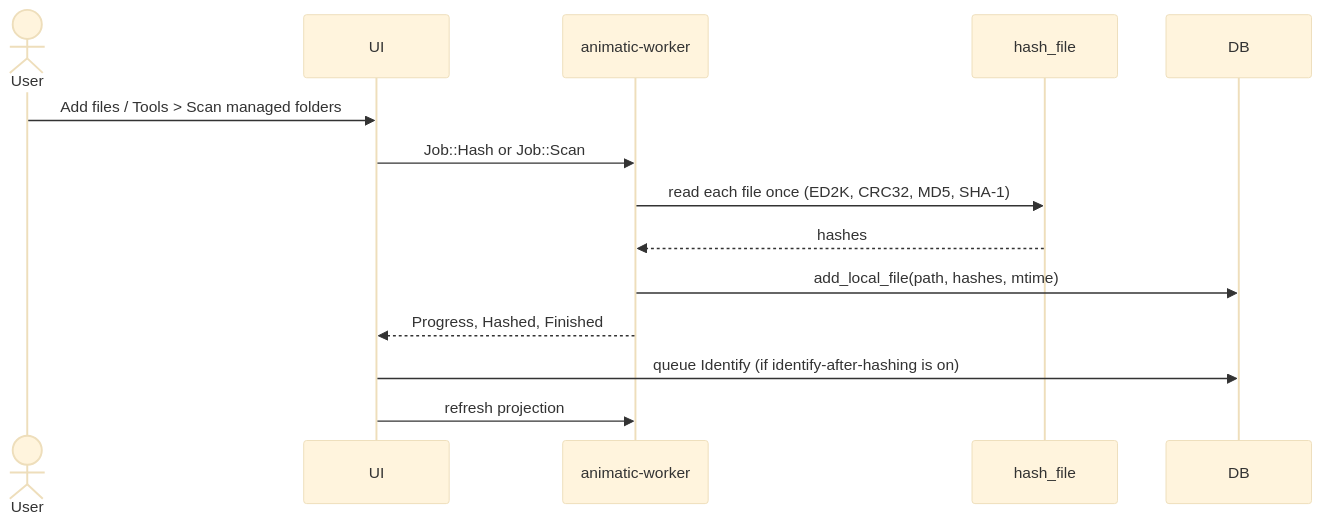
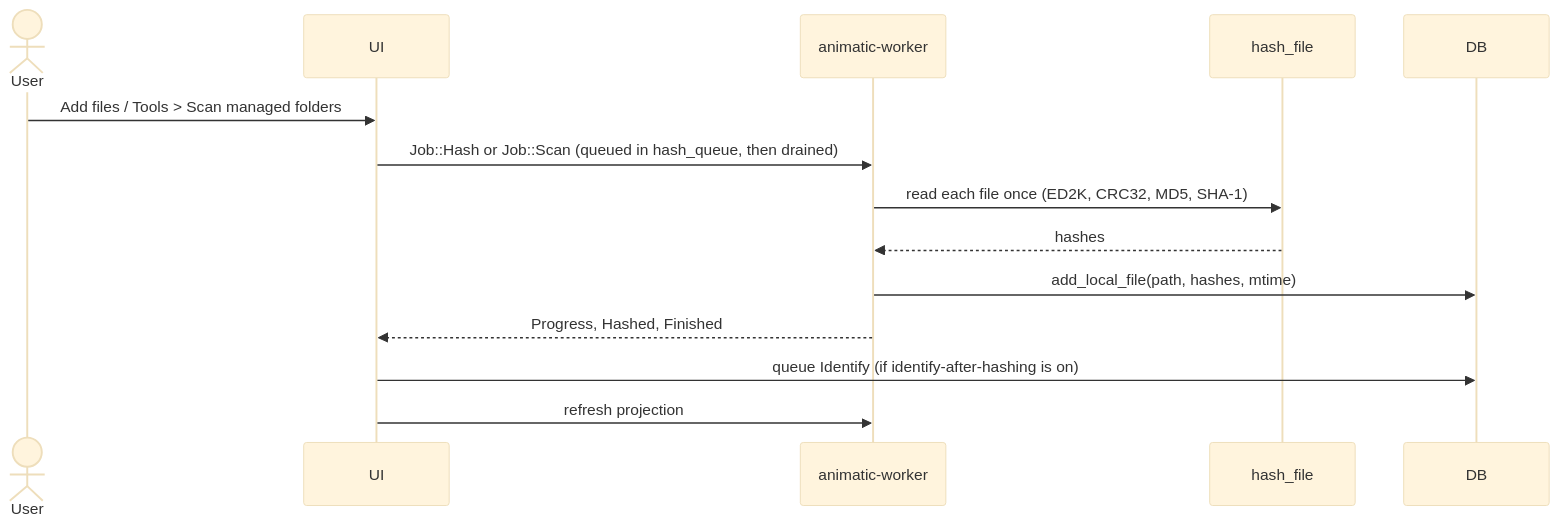
The second of 4 diagrams in docs/architecture.md (RetroHazard/animatic), drawn with Mermaid (base theme) before and after one commit. The commit also changed other lines of this file and 110 other files, not shown here.

First line of the commit message:
Implement the roadmap (M1–M8) (#15)

````diff
--- a/docs/architecture.md
+++ b/docs/architecture.md
@@ -106,16 +215,16 @@
 ```mermaid
 sequenceDiagram
     actor User
     participant UI
     participant Worker as animatic-worker
     participant Hash as hash_file
     participant DB
     User->>UI: Add files / Tools > Scan managed folders
-    UI->>Worker: Job::Hash or Job::Scan
+    UI->>Worker: Job::Hash or Job::Scan (queued in hash_queue, then drained)
     Worker->>Hash: read each file once (ED2K, CRC32, MD5, SHA-1)
     Hash-->>Worker: hashes
     Worker->>DB: add_local_file(path, hashes, mtime)
     Worker-->>UI: Progress, Hashed, Finished
     UI->>DB: queue Identify (if identify-after-hashing is on)
     UI->>Worker: refresh projection
 ```
````
